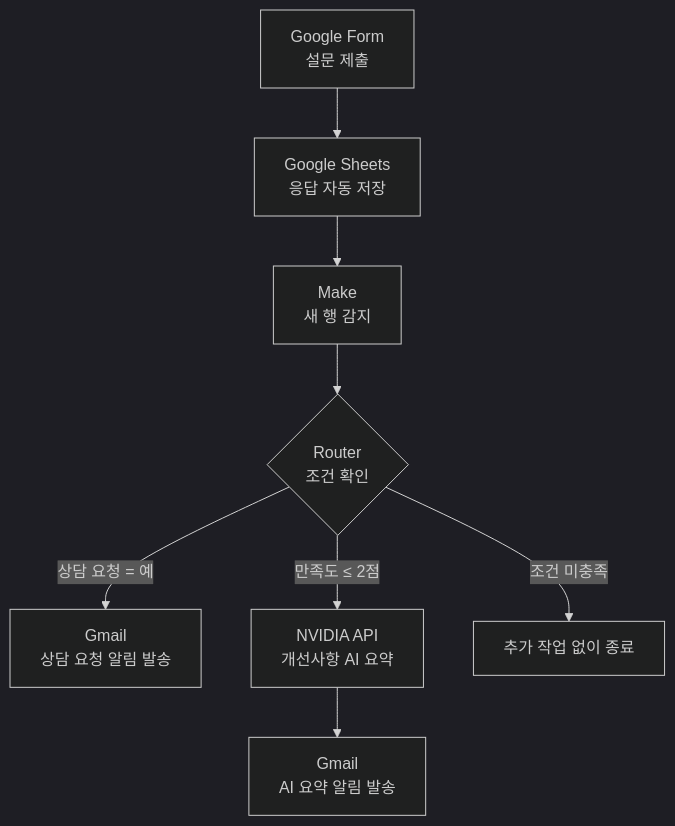
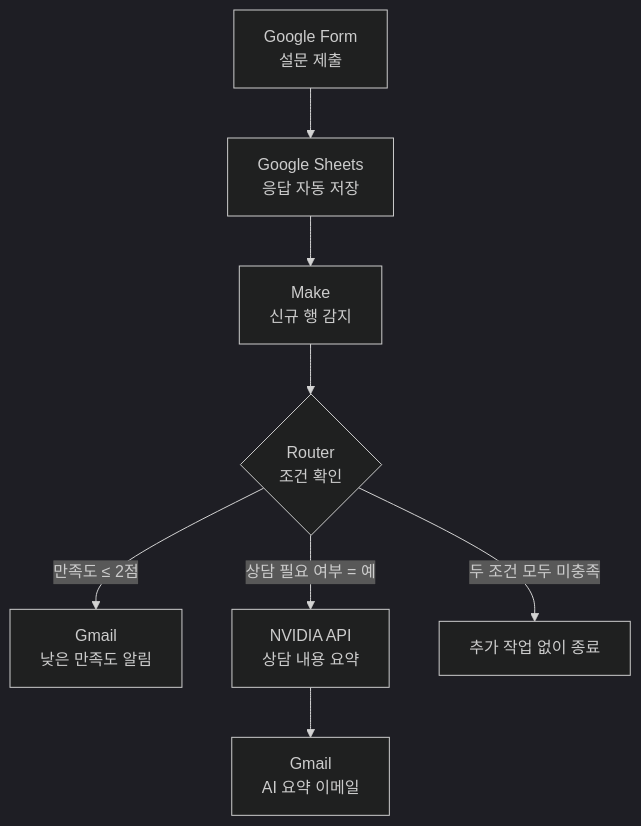
One commit to jjjoy1114/codyssey_ai_native changed the first of 3 diagrams in project-03/README.md. Above: the diagram before and after it, drawn with Mermaid (dark theme). The commit also changed other lines of this file, not shown here.

````diff
--- a/project-03/README.md
+++ b/project-03/README.md
@@ -98,13 +132,13 @@
 ```mermaid
 flowchart TD
     A["Google Form<br/>설문 제출"] --> B["Google Sheets<br/>응답 자동 저장"]
-    B --> C["Make<br/>새 행 감지"]
+    B --> C["Make<br/>신규 행 감지"]
     C --> D{"Router<br/>조건 확인"}
 
-    D -->|"상담 요청 = 예"| E["Gmail<br/>상담 요청 알림 발송"]
+    D -->|"만족도 ≤ 2점"| E["Gmail<br/>낮은 만족도 알림"]
 
-    D -->|"만족도 ≤ 2점"| F["NVIDIA API<br/>개선사항 AI 요약"]
-    F --> G["Gmail<br/>AI 요약 알림 발송"]
+    D -->|"상담 필요 여부 = 예"| F["NVIDIA API<br/>상담 내용 요약"]
+    F --> G["Gmail<br/>AI 요약 이메일"]
 
-    D -->|"조건 미충족"| H["추가 작업 없이 종료"]
+    D -->|"두 조건 모두 미충족"| H["추가 작업 없이 종료"]
 ```
````
